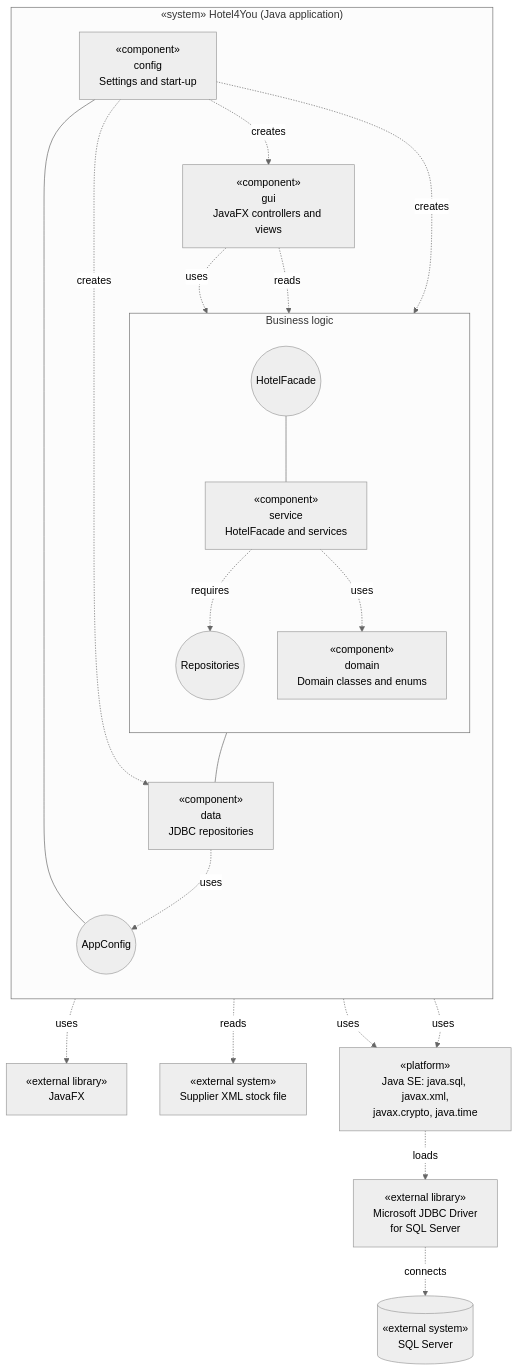
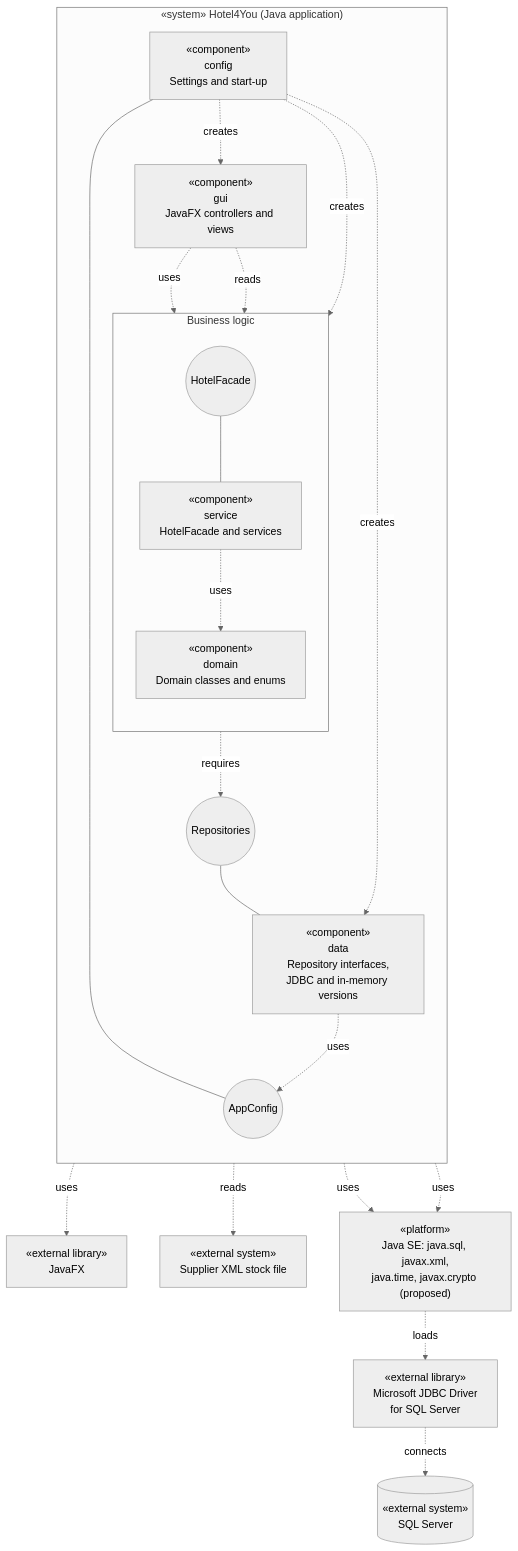
The diagram in docs/uml/component-diagram.md (BorjaTiago/hotel4you), drawn with Mermaid before and after one commit. The commit also changed other lines of this file and 2 other files, not shown here.

Commit message:
H4Y-9 apply review: repository interfaces in data, add libraries list

````diff
--- a/docs/uml/component-diagram.md
+++ b/docs/uml/component-diagram.md
@@ -19,44 +19,44 @@
 ```mermaid
 %%{init: {"theme":"neutral","fontFamily":"Arial"}}%%
 flowchart TB
     %% Requirements: RF-28; RNF-02, RNF-05, RNF-06, RNF-07, RNF-08, RNF-10, RNF-11, RNF-12.
     subgraph APP["«system» Hotel4You (Java application)"]
         direction TB
         GUI["«component»<br/>gui<br/>JavaFX controllers and views"]
         subgraph BL["Business logic"]
             direction TB
             FAC(("HotelFacade"))
             SVC["«component»<br/>service<br/>HotelFacade and services"]
-            REPO(("Repositories"))
             DOM["«component»<br/>domain<br/>Domain classes and enums"]
         end
-        DATA["«component»<br/>data<br/>JDBC repositories"]
+        REPO(("Repositories"))
+        DATA["«component»<br/>data<br/>Repository interfaces,<br/>JDBC and in-memory versions"]
         CFG["«component»<br/>config<br/>Settings and start-up"]
         SET(("AppConfig"))
     end
 
     JFX["«external library»<br/>JavaFX"]
     JDBC["«external library»<br/>Microsoft JDBC Driver<br/>for SQL Server"]
     DB[("«external system»<br/>SQL Server")]
     XML["«external system»<br/>Supplier XML stock file"]
-    JDK["«platform»<br/>Java SE: java.sql, javax.xml,<br/>javax.crypto, java.time"]
+    JDK["«platform»<br/>Java SE: java.sql, javax.xml,<br/>java.time, javax.crypto (proposed)"]
 
     GUI -.->|uses| FAC
     GUI -.->|reads| DOM
     GUI -.->|uses| JFX
     FAC --- SVC
     SVC -.->|requires| REPO
     CFG --- SET
     SVC -.->|uses| DOM
     SVC -.->|reads| XML
     SVC -.->|uses| JDK
     REPO --- DATA
     DOM ~~~ DATA
     DATA -.->|uses| SET
     DATA -.->|uses| JDK
     JDK -.->|loads| JDBC
     JDBC -.->|connects| DB
     CFG -.->|creates| GUI
     CFG -.->|creates| SVC
     CFG -.->|creates| DATA
 ```
````
